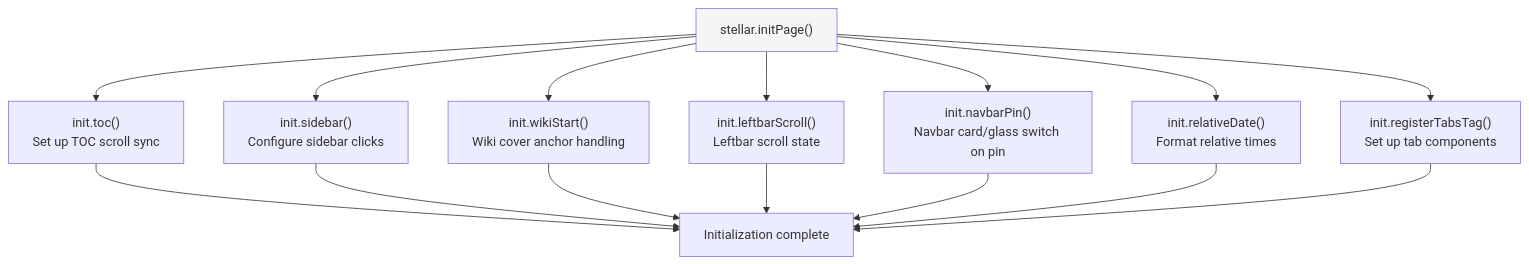
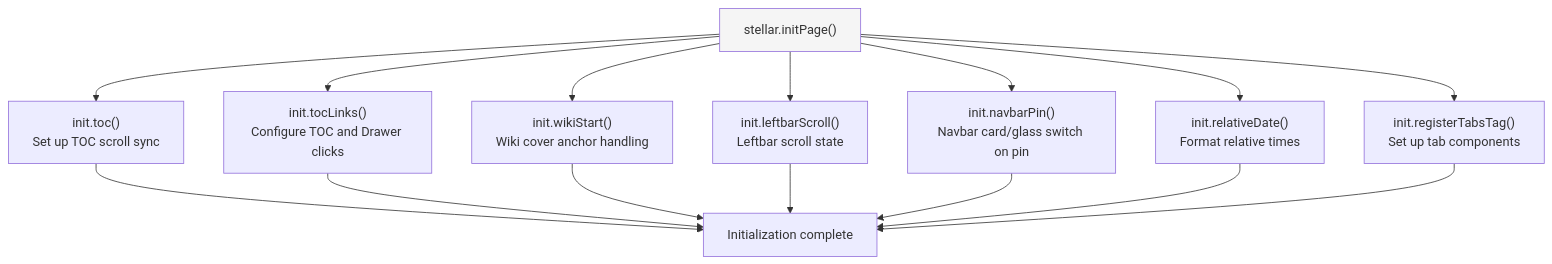
The second of 4 diagrams in docs/knowledge/05-前端交互/client-side-overview.md (xaoxuu/hexo-theme-stellar), drawn with Mermaid before and after one commit. The commit also changed other lines of this file and 287 other files, not shown here.

````diff
--- a/docs/knowledge/05-前端交互/client-side-overview.md
+++ b/docs/knowledge/05-前端交互/client-side-overview.md
@@ -166,22 +166,22 @@
 ```mermaid
 flowchart TD
     initPage["stellar.initPage()"]
     
     initPage --> tocInit["init.toc()<br/>Set up TOC scroll sync"]
-    initPage --> sidebarInit["init.sidebar()<br/>Configure sidebar clicks"]
+    initPage --> tocLinksInit["init.tocLinks()<br/>Configure TOC and Drawer clicks"]
     initPage --> wikiStart["init.wikiStart()<br/>Wiki cover anchor handling"]
     initPage --> leftbarScroll["init.leftbarScroll()<br/>Leftbar scroll state"]
     initPage --> navbarPin["init.navbarPin()<br/>Navbar card/glass switch on pin"]
     initPage --> dateInit["init.relativeDate()<br/>Format relative times"]
     initPage --> tabsInit["init.registerTabsTag()<br/>Set up tab components"]
     
     tocInit --> complete["Initialization complete"]
-    sidebarInit --> complete
+    tocLinksInit --> complete
     wikiStart --> complete
     leftbarScroll --> complete
     navbarPin --> complete
     dateInit --> complete
     tabsInit --> complete
     
     style initPage fill:#f5f5f5
 ```
````
